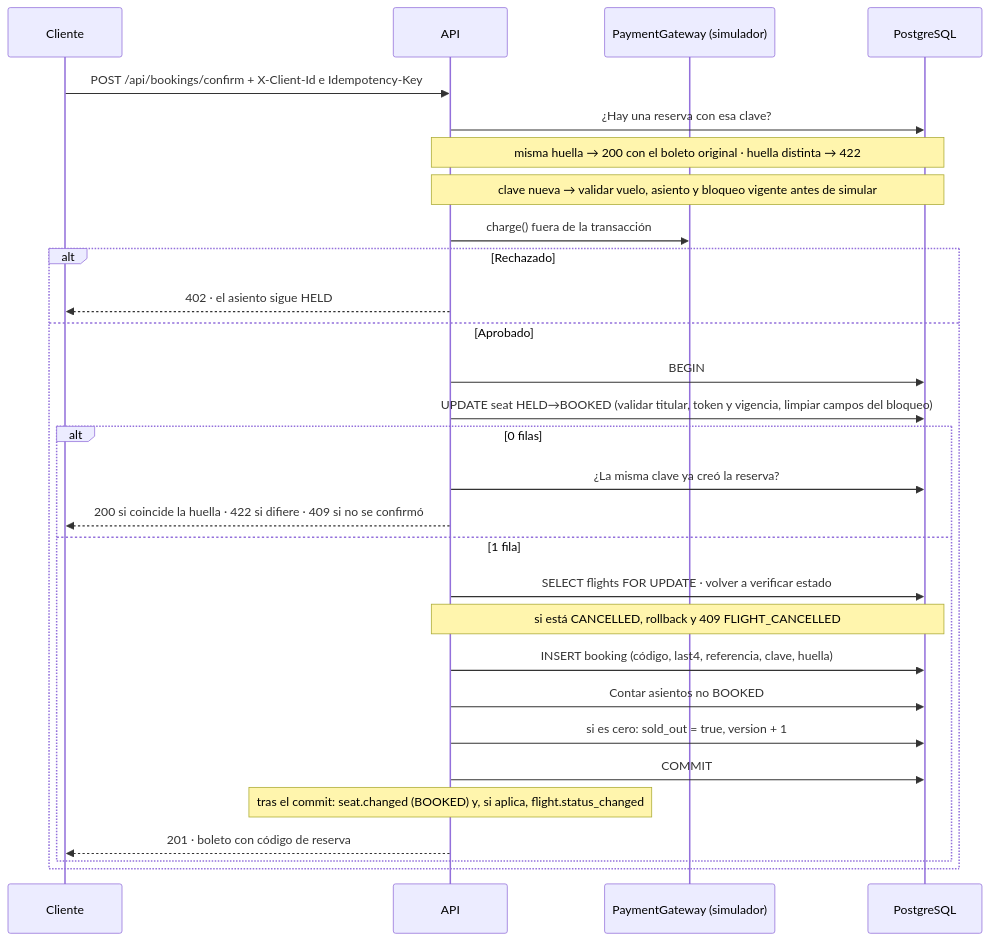
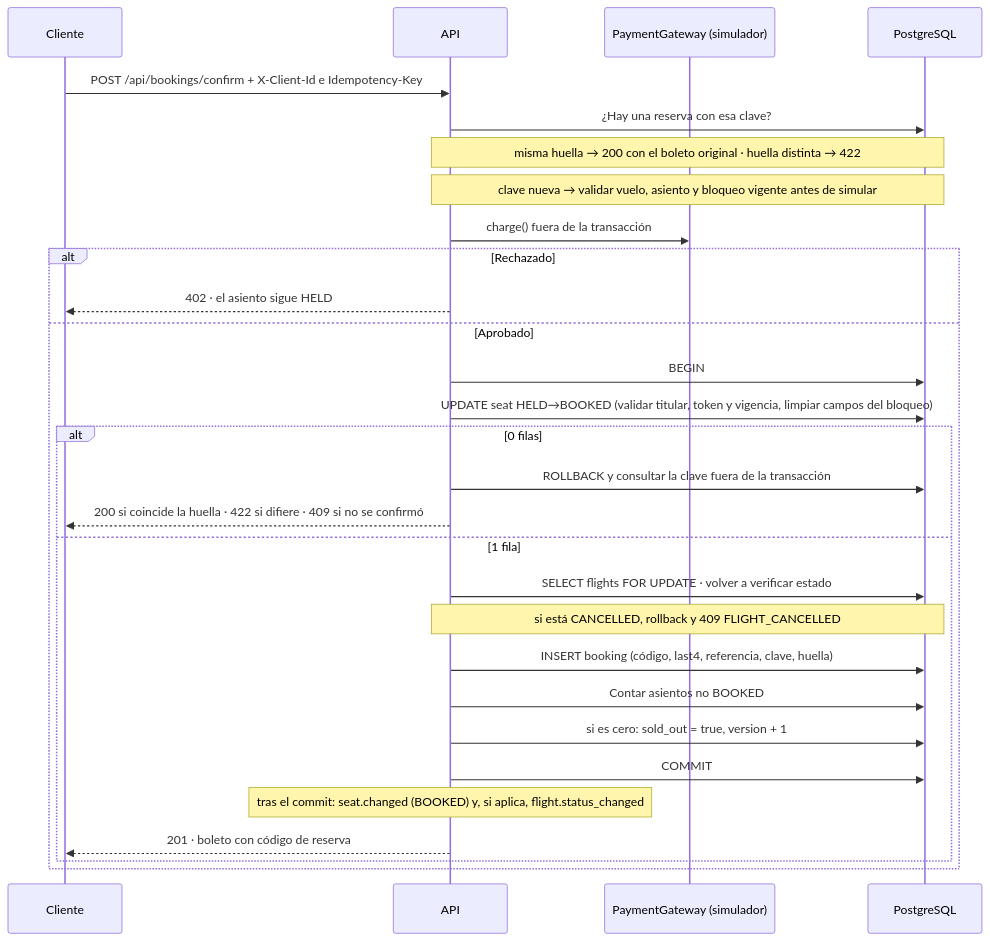
One commit to ingebatista/aeropulse-flight-booking changed the third of 4 diagrams in docs/architecture.md. Above: the diagram before and after it, drawn with Mermaid. The commit also changed other lines of this file and 8 other files, not shown here.

````diff
--- a/docs/architecture.md
+++ b/docs/architecture.md
@@ -179,32 +179,32 @@
 ```mermaid
 sequenceDiagram
   participant U as Cliente
   participant API as API
   participant PG as PaymentGateway (simulador)
   participant DB as PostgreSQL
 
   U->>API: POST /api/bookings/confirm + X-Client-Id e Idempotency-Key
   API->>DB: ¿Hay una reserva con esa clave?
   Note over API,DB: misma huella → 200 con el boleto original · huella distinta → 422
   Note over API,DB: clave nueva → validar vuelo, asiento y bloqueo vigente antes de simular
   API->>PG: charge() fuera de la transacción
   alt Rechazado
     API-->>U: 402 · el asiento sigue HELD
   else Aprobado
     API->>DB: BEGIN
     API->>DB: UPDATE seat HELD→BOOKED (validar titular, token y vigencia, limpiar campos del bloqueo)
     alt 0 filas
-      API->>DB: ¿La misma clave ya creó la reserva?
+      API->>DB: ROLLBACK y consultar la clave fuera de la transacción
       API-->>U: 200 si coincide la huella · 422 si difiere · 409 si no se confirmó
     else 1 fila
       API->>DB: SELECT flights FOR UPDATE · volver a verificar estado
       Note over API,DB: si está CANCELLED, rollback y 409 FLIGHT_CANCELLED
       API->>DB: INSERT booking (código, last4, referencia, clave, huella)
       API->>DB: Contar asientos no BOOKED
       API->>DB: si es cero: sold_out = true, version + 1
       API->>DB: COMMIT
       Note over API: tras el commit: seat.changed (BOOKED) y, si aplica, flight.status_changed
       API-->>U: 201 · boleto con código de reserva
     end
   end
 ```
````
